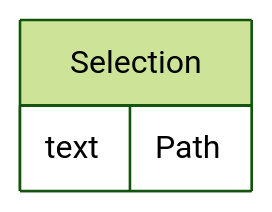
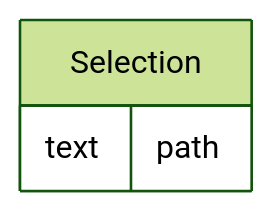
One commit to cdisc-org/DataExchange-ODM-LinkML changed the diagram in docs/Selection.md. Above: the diagram before and after it, drawn with Mermaid (forest theme). The commit also changed other lines of this file and 759 other files, not shown here.

````diff
--- a/docs/Selection.md
+++ b/docs/Selection.md
@@ -11,9 +11,9 @@
 ```mermaid
 erDiagram
 Selection {
-    text Path  
+    text path  
 }
 
 
 
 ```
````
